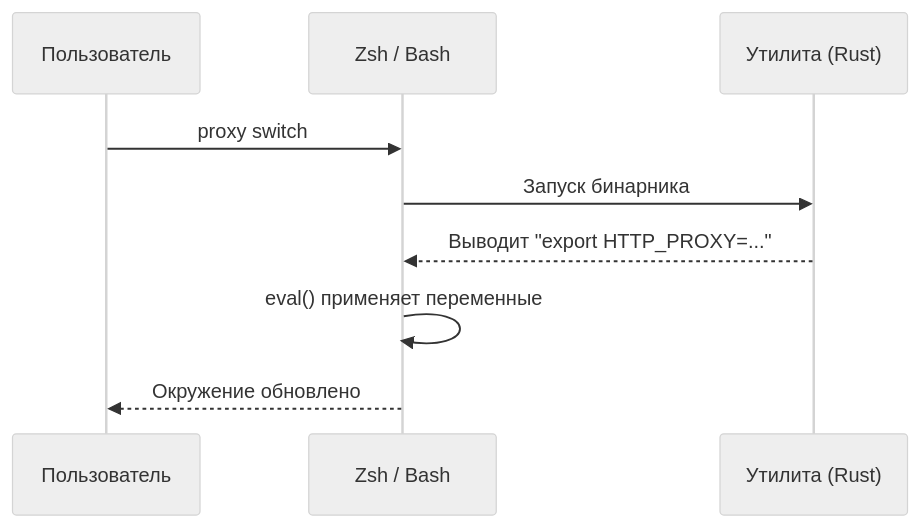
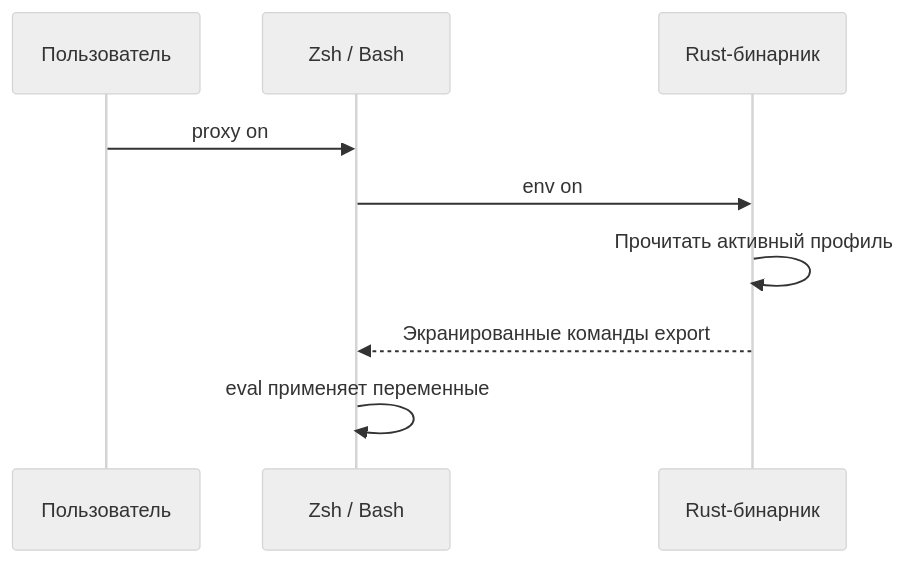
Before and after one commit to LebedevKondakovSergeyVach/Terminal-Session-Proxy-Manager: the first of 2 diagrams in docs/SHELL_INTEGRATION.ru.md, drawn with Mermaid (neutral theme). The commit also changed other lines of this file and 9 other files, not shown here.

Commit message:
docs: explain proxy environment flow with bilingual diagrams

````diff
--- a/docs/SHELL_INTEGRATION.ru.md
+++ b/docs/SHELL_INTEGRATION.ru.md
@@ -46,12 +48,13 @@
 ```mermaid
 sequenceDiagram
+    accTitle: Как proxy on обновляет окружение текущей оболочки
+    accDescr: Пользователь выполняет proxy on через shell-функцию. Она вызывает env on в Rust-бинарнике, который читает активный профиль и возвращает экранированные команды export. Оболочка выполняет их для обновления своего окружения.
     participant User as Пользователь
     participant Shell as Zsh / Bash
-    participant Proxy as Утилита (Rust)
-    
-    User->>Shell: proxy switch
-    Shell->>Proxy: Запуск бинарника
-    Proxy-->>Shell: Выводит "export HTTP_PROXY=..."
-    Shell->>Shell: eval() применяет переменные
-    Shell-->>User: Окружение обновлено
+    participant Binary as Rust-бинарник
+    User->>Shell: proxy on
+    Shell->>Binary: env on
+    Binary->>Binary: Прочитать активный профиль
+    Binary-->>Shell: Экранированные команды export
+    Shell->>Shell: eval применяет переменные
 ```
````
